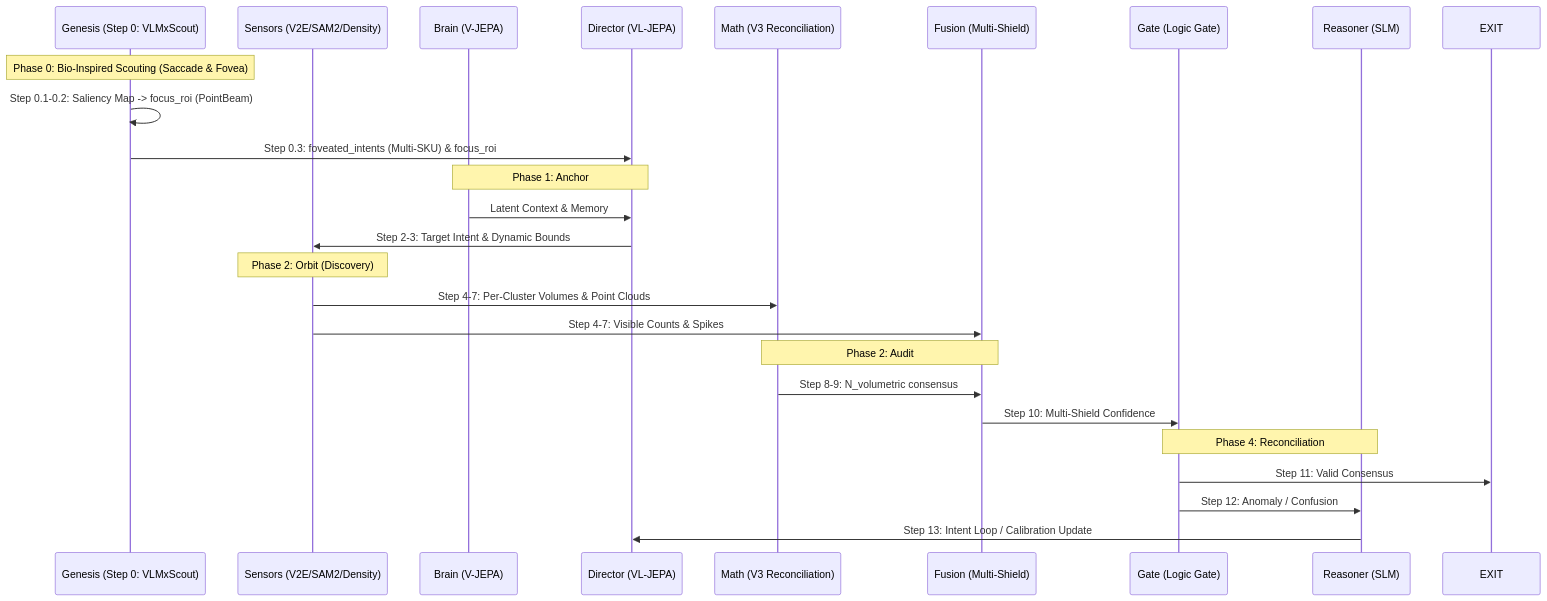
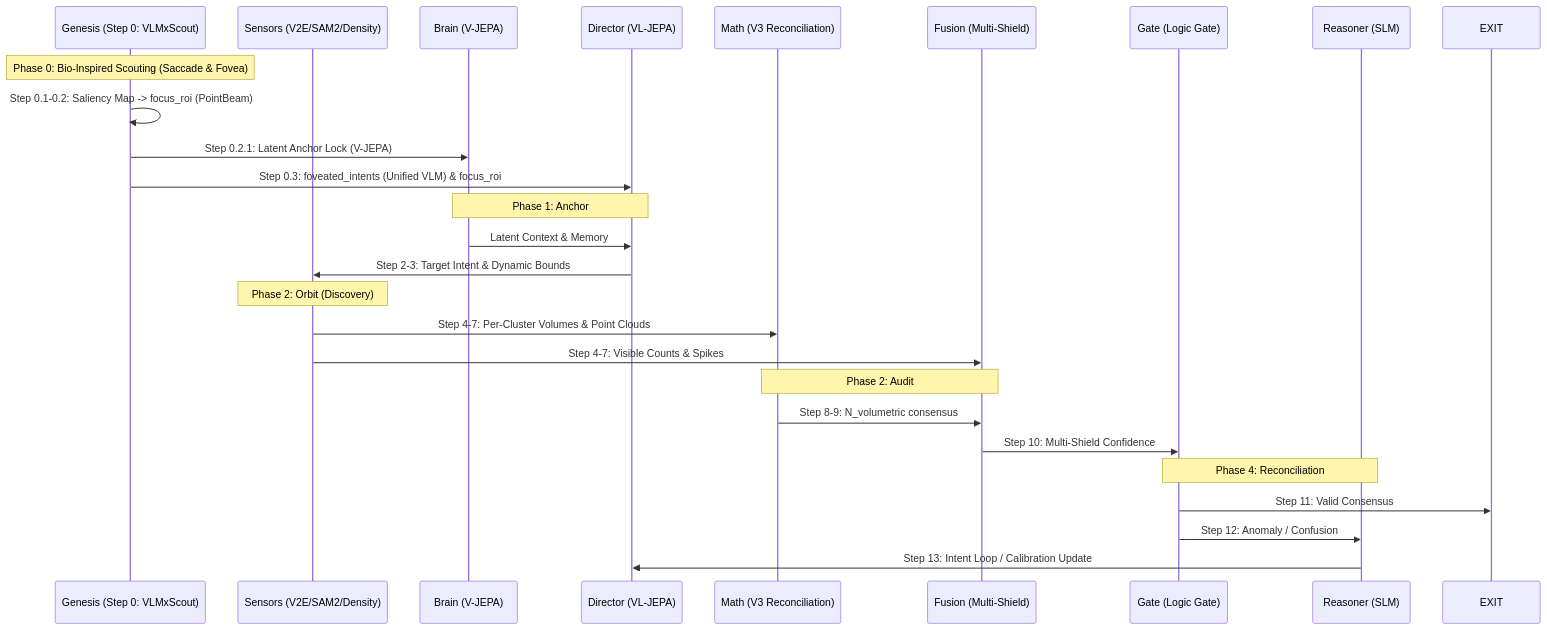
Before and after one commit to Yonnnnnnnnn/numeri-vjepa-experiment: the diagram in Data_Flow_Diagram.md, drawn with Mermaid. The commit also changed 6 other files, not shown here.

Commit message:
docs: update tech docs for V4.0 Sovereignty Protocol and Unified VLM

````diff
--- a/Data_Flow_Diagram.md
+++ b/Data_Flow_Diagram.md
@@ -24,32 +24,33 @@
 ```mermaid
 sequenceDiagram
     participant G as Genesis (Step 0: VLMxScout)
     participant S as Sensors (V2E/SAM2/Density)
     participant B as Brain (V-JEPA)
     participant D as Director (VL-JEPA)
     participant M as Math (V3 Reconciliation)
     participant F as Fusion (Multi-Shield)
     participant LG as Gate (Logic Gate)
     participant R as Reasoner (SLM)
 
     Note over G: Phase 0: Bio-Inspired Scouting (Saccade & Fovea)
     G->>G: Step 0.1-0.2: Saliency Map -> focus_roi (PointBeam)
-    G->>D: Step 0.3: foveated_intents (Multi-SKU) & focus_roi
+    G->>B: Step 0.2.1: Latent Anchor Lock (V-JEPA)
+    G->>D: Step 0.3: foveated_intents (Unified VLM) & focus_roi
 
     Note over B,D: Phase 1: Anchor
     B->>D: Latent Context & Memory
     D->>S: Step 2-3: Target Intent & Dynamic Bounds
 
     Note over S: Phase 2: Orbit (Discovery)
     S->>M: Step 4-7: Per-Cluster Volumes & Point Clouds
     S->>F: Step 4-7: Visible Counts & Spikes
 
     Note over M,F: Phase 2: Audit
     M->>F: Step 8-9: N_volumetric consensus
     F->>LG: Step 10: Multi-Shield Confidence
 
     Note over LG,R: Phase 4: Reconciliation
     LG->>EXIT: Step 11: Valid Consensus
     LG->>R: Step 12: Anomaly / Confusion
     R->>D: Step 13: Intent Loop / Calibration Update
 ```
````
